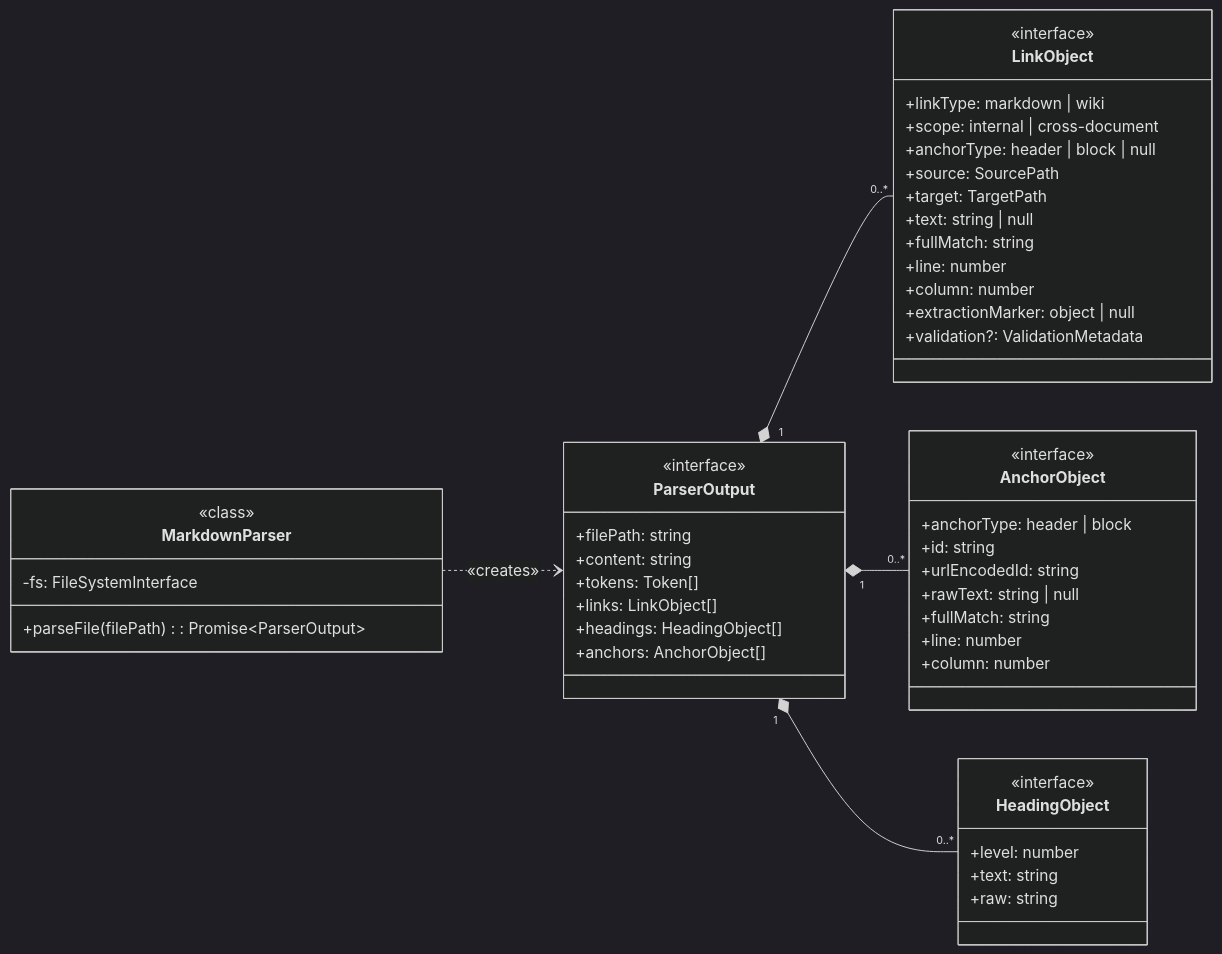
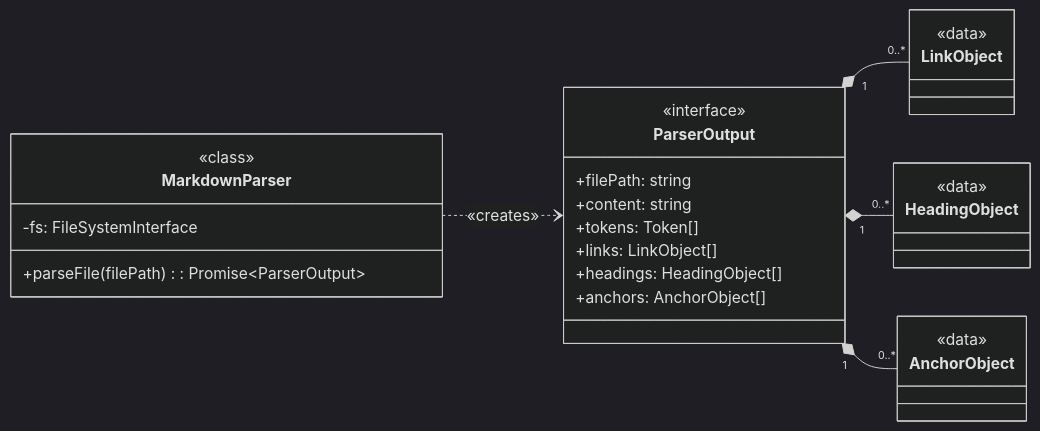
Before and after one commit to WesleyMFrederick/cc-workflows: the first of 2 diagrams in tools/citation-manager/design-docs/component-guides/Markdown Parser Implementation Guide.md, drawn with Mermaid (dark theme). The commit also changed other lines of this file and 1 other file, not shown here.

First line of the commit message:
refactor(markdown-parser): remove instance state, pass sourcePath as parameter

````diff
--- a/tools/citation-manager/design-docs/component-guides/Markdown Parser Implementation Guide.md
+++ b/tools/citation-manager/design-docs/component-guides/Markdown Parser Implementation Guide.md
@@ -38,58 +38,37 @@
 ```mermaid
 classDiagram
     direction LR
 
     class ParserOutput {
-		    <<interface>>
+      <<interface>>
         +filePath: string
         +content: string
         +tokens: Token[]
         +links: LinkObject[]
         +headings: HeadingObject[]
         +anchors: AnchorObject[]
     }
 
     class LinkObject {
-        <<interface>>
-        +linkType: markdown | wiki
-        +scope: internal | cross-document
-        +anchorType: header | block | null
-        +source: SourcePath
-        +target: TargetPath
-        +text: string | null
-        +fullMatch: string
-        +line: number
-        +column: number
-        +extractionMarker: object | null
-        +validation?: ValidationMetadata
+        <<data>>
     }
 
     class AnchorObject {
-        <<interface>>
-        +anchorType: header | block
-        +id: string
-        +urlEncodedId: string
-        +rawText: string | null
-        +fullMatch: string
-        +line: number
-        +column: number
+        <<data>>
     }
 
     class HeadingObject {
-        <<interface>>
-        +level: number
-        +text: string
-        +raw: string
+        <<data>>
     }
 
     class MarkdownParser {
-		    <<class>>
+      <<class>>
         -fs: FileSystemInterface
         +parseFile(filePath): Promise~ParserOutput~
     }
 
     MarkdownParser ..> ParserOutput : «creates»
     ParserOutput "1" *-- "0..*" LinkObject
+    ParserOutput "1" *-- "0..*" HeadingObject
     ParserOutput "1" *-- "0..*" AnchorObject
-    ParserOutput "1" *-- "0..*" HeadingObject
 ```
````
